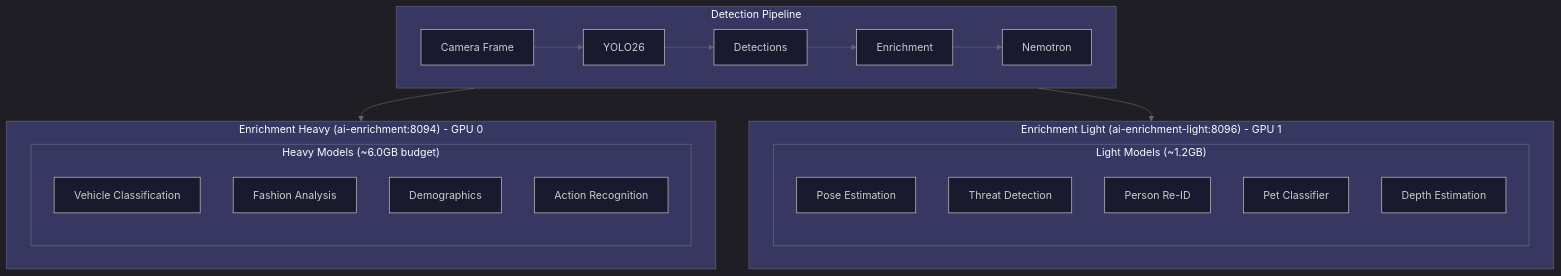
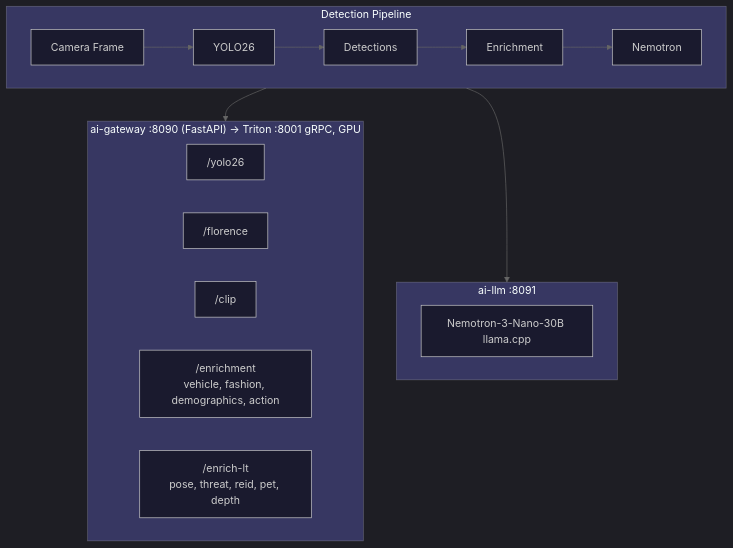
The first of 4 diagrams in docs/ai/model-zoo.md (mikesvoboda/nemotron-v3-home-security-intelligence), drawn with Mermaid before and after one commit. The commit also changed other lines of this file and 313 other files, not shown here.

````diff
--- a/docs/ai/model-zoo.md
+++ b/docs/ai/model-zoo.md
@@ -14,44 +28,37 @@
 ```mermaid
 %%{init: {
   'theme': 'dark',
   'themeVariables': {
     'primaryColor': '#3B82F6',
     'primaryTextColor': '#FFFFFF',
     'primaryBorderColor': '#60A5FA',
     'secondaryColor': '#A855F7',
     'tertiaryColor': '#009688',
     'background': '#121212',
     'mainBkg': '#1a1a2e',
     'lineColor': '#666666'
   }
 }}%%
 flowchart TB
     subgraph Pipeline["Detection Pipeline"]
         CAM[Camera Frame] --> YOLO[YOLO26]
         YOLO --> DET[Detections]
         DET --> ENR[Enrichment]
         ENR --> NEM[Nemotron]
     end
 
-    subgraph EnrichmentHeavy["Enrichment Heavy (ai-enrichment:8094) - GPU 0"]
-        subgraph HeavyModels["Heavy Models (~6.0GB budget)"]
-            VEHICLE[Vehicle Classification]
-            FASHION[Fashion Analysis]
-            DEMO[Demographics]
-            ACTION[Action Recognition]
-        end
+    subgraph GW["ai-gateway :8090 (FastAPI) -> Triton :8001 gRPC, GPU"]
+        YR["/yolo26"]
+        FR["/florence"]
+        CR["/clip"]
+        HR["/enrichment<br/>vehicle, fashion, demographics, action"]
+        LR["/enrich-lt<br/>pose, threat, reid, pet, depth"]
     end
 
-    subgraph EnrichmentLight["Enrichment Light (ai-enrichment-light:8096) - GPU 1"]
-        subgraph LightModels["Light Models (~1.2GB)"]
-            POSE[Pose Estimation]
-            THREAT[Threat Detection]
-            REID[Person Re-ID]
-            PET[Pet Classifier]
-            DEPTH[Depth Estimation]
-        end
+    subgraph LLM["ai-llm :8091"]
+        NEMC[Nemotron-3-Nano-30B llama.cpp]
     end
 
-    Pipeline --> EnrichmentHeavy
-    Pipeline --> EnrichmentLight
+    Pipeline --> GW
+    Pipeline --> LLM
 ```
````
